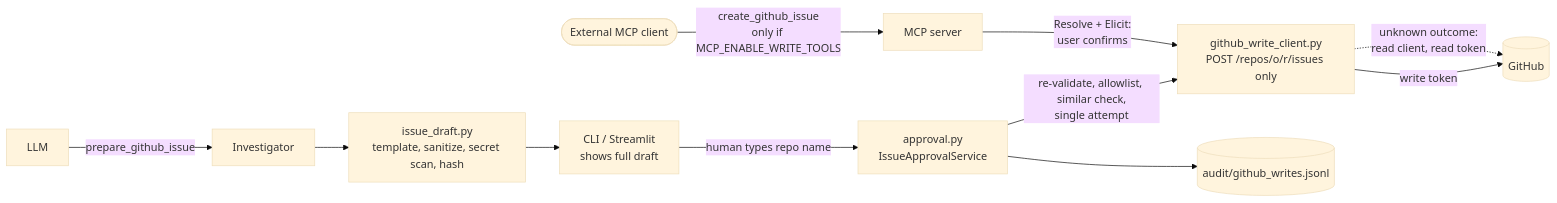
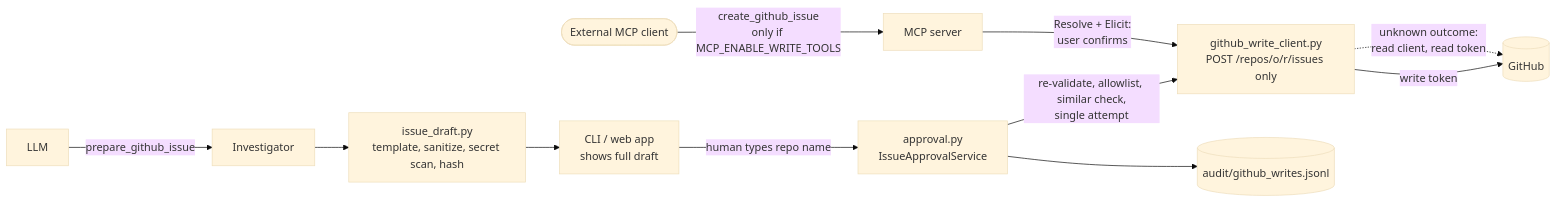
The fifth of 5 diagrams in docs/architecture.md (AbdullahThweib2004/ai-developer-assistant), drawn with Mermaid (base theme) before and after one commit. The commit also changed other lines of this file and 4 other files, not shown here.

Commit message:
docs: web app usage, API, SSE events and local security

````diff
--- a/docs/architecture.md
+++ b/docs/architecture.md
@@ -652,13 +651,13 @@
 ```mermaid
 flowchart LR
     llm[LLM] -->|prepare_github_issue| inv[Investigator]
     inv --> draft[issue_draft.py<br/>template, sanitize, secret scan, hash]
-    draft --> ui[CLI / Streamlit<br/>shows full draft]
+    draft --> ui[CLI / web app<br/>shows full draft]
     ui -->|human types repo name| appr[approval.py<br/>IssueApprovalService]
     appr -->|re-validate, allowlist, similar check,<br/>single attempt| wc[github_write_client.py<br/>POST /repos/o/r/issues only]
     wc -->|write token| gh[(GitHub)]
     wc -.->|unknown outcome:<br/>read client, read token| gh
     appr --> audit[(audit/github_writes.jsonl)]
     mcpc([External MCP client]) -->|create_github_issue<br/>only if MCP_ENABLE_WRITE_TOOLS| mcp[MCP server]
     mcp -->|Resolve + Elicit:<br/>user confirms| wc
 ```
````
